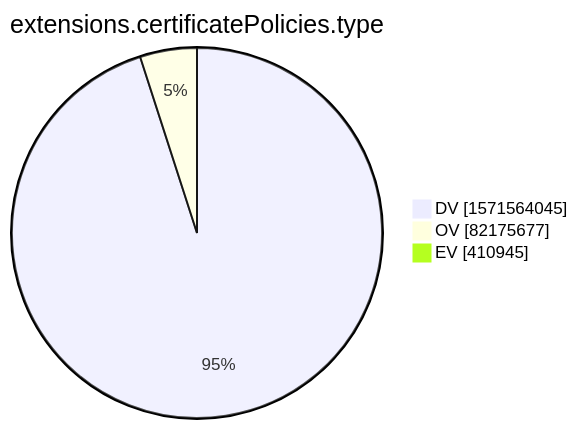
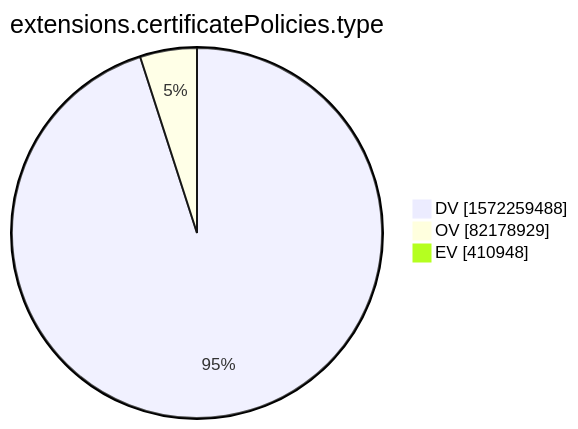
Before and after one commit to christiankrug/ctmonitor_visualization: the tenth of 15 diagrams in xenon2022/README.md, drawn with Mermaid. The commit also changed other lines of this file, not shown here.

````diff
--- a/xenon2022/README.md
+++ b/xenon2022/README.md
@@ -2876,7 +2876,7 @@
 ```mermaid
 pie showData
 title extensions.certificatePolicies.type
-"DV" :1571564045
-"OV" :82175677
-"EV" :410945
+"DV" :1572259488
+"OV" :82178929
+"EV" :410948
 ```
````
